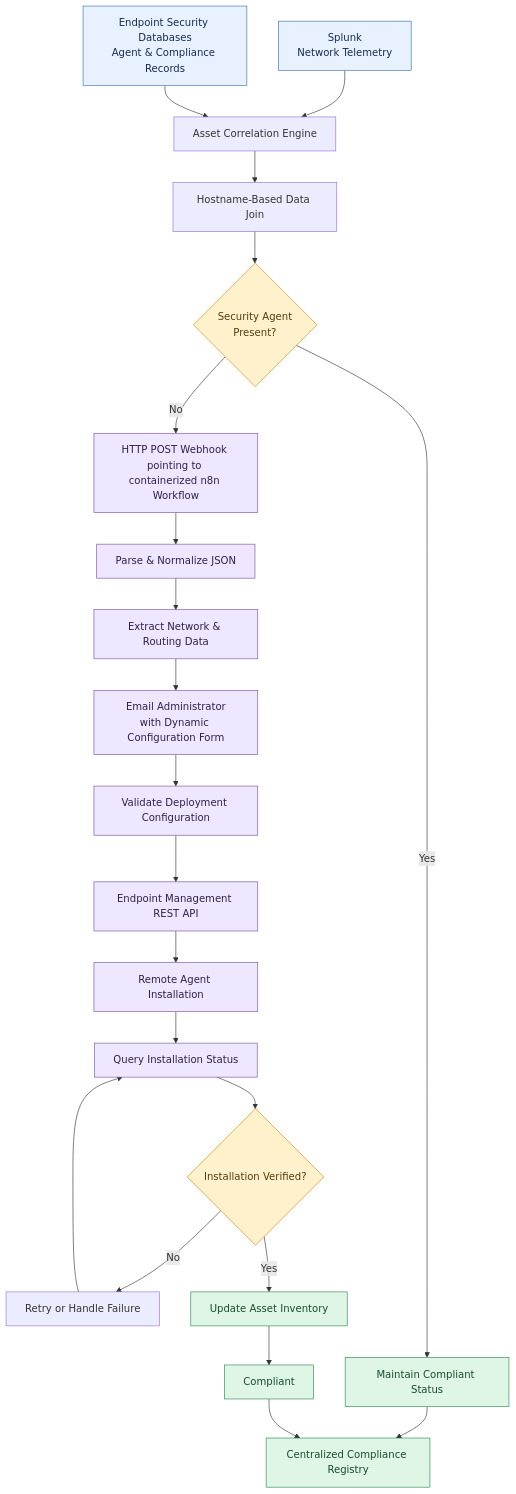
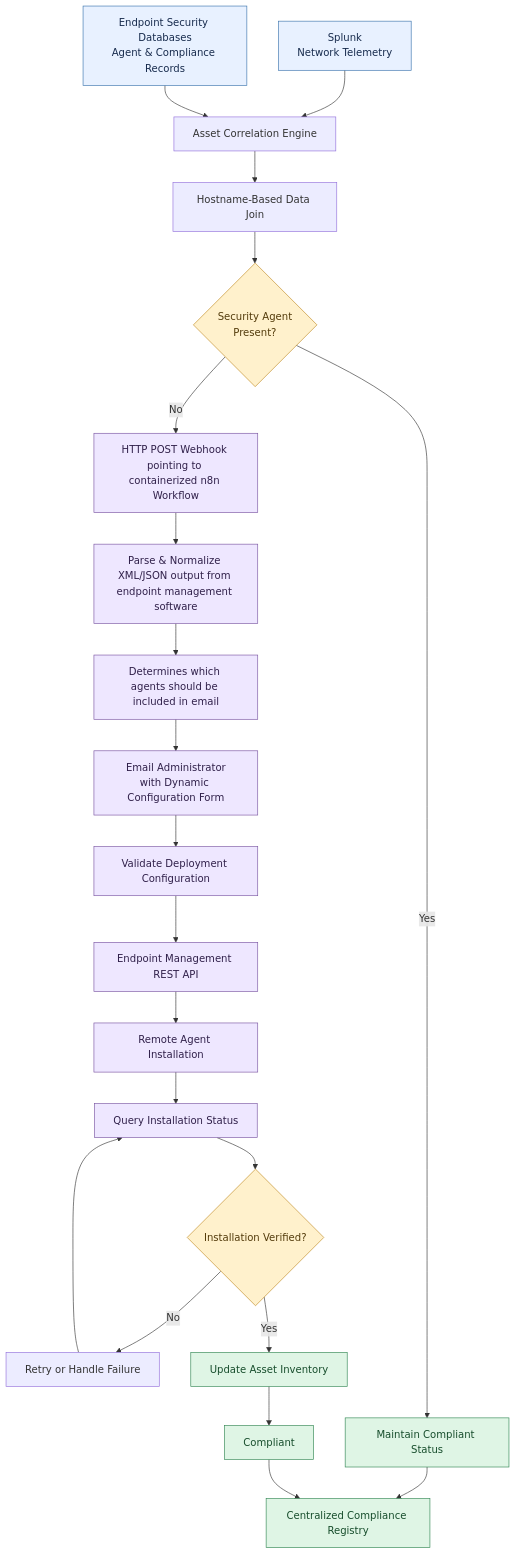
Before and after one commit to KaziHossain15/C2C-Pipeline: the first of 2 diagrams in README.md, drawn with Mermaid.

Commit message:
Update flowchart descriptions in README

````diff
--- a/README.md
+++ b/README.md
@@ -22,41 +22,41 @@
 ```mermaid
 flowchart TD
     A["Splunk<br/>Network Telemetry"] --> C["Asset Correlation Engine"]
     B["Endpoint Security Databases<br/>Agent & Compliance Records"] --> C
 
     C --> D["Hostname-Based Data Join"]
     D --> E{"Security Agent<br/>Present?"}
 
     E -->|Yes| F["Maintain Compliant Status"]
     E -->|No| G["HTTP POST Webhook pointing to containerized n8n Workflow"]
 
-    G --> H["Parse & Normalize JSON"]
-    H --> I["Extract Network & Routing Data"]
+    G --> H["Parse & Normalize XML/JSON output from endpoint management software"]
+    H --> I["Determines which agents should be included in email"]
     I --> J["Email Administrator<br/>with Dynamic Configuration Form"]
 
     J --> K["Validate Deployment Configuration"]
     K --> L["Endpoint Management REST API"]
     L --> M["Remote Agent Installation"]
 
     M --> N["Query Installation Status"]
     N --> O{"Installation Verified?"}
 
     O -->|No| P["Retry or Handle Failure"]
     P --> N
 
     O -->|Yes| Q["Update Asset Inventory"]
     Q --> R["Compliant"]
 
     F --> S["Centralized Compliance Registry"]
     R --> S
 
     classDef source fill:#e8f1ff,stroke:#3973ac,color:#172b4d
     classDef automation fill:#eee7ff,stroke:#7954a1,color:#30204a
     classDef decision fill:#fff1cc,stroke:#c08a22,color:#533b0b
     classDef success fill:#dff5e5,stroke:#318653,color:#174d2c
 
     class A,B source
     class G,H,I,J,K,L,M,N automation
     class E,O decision
     class F,Q,R,S success
 ```
````
